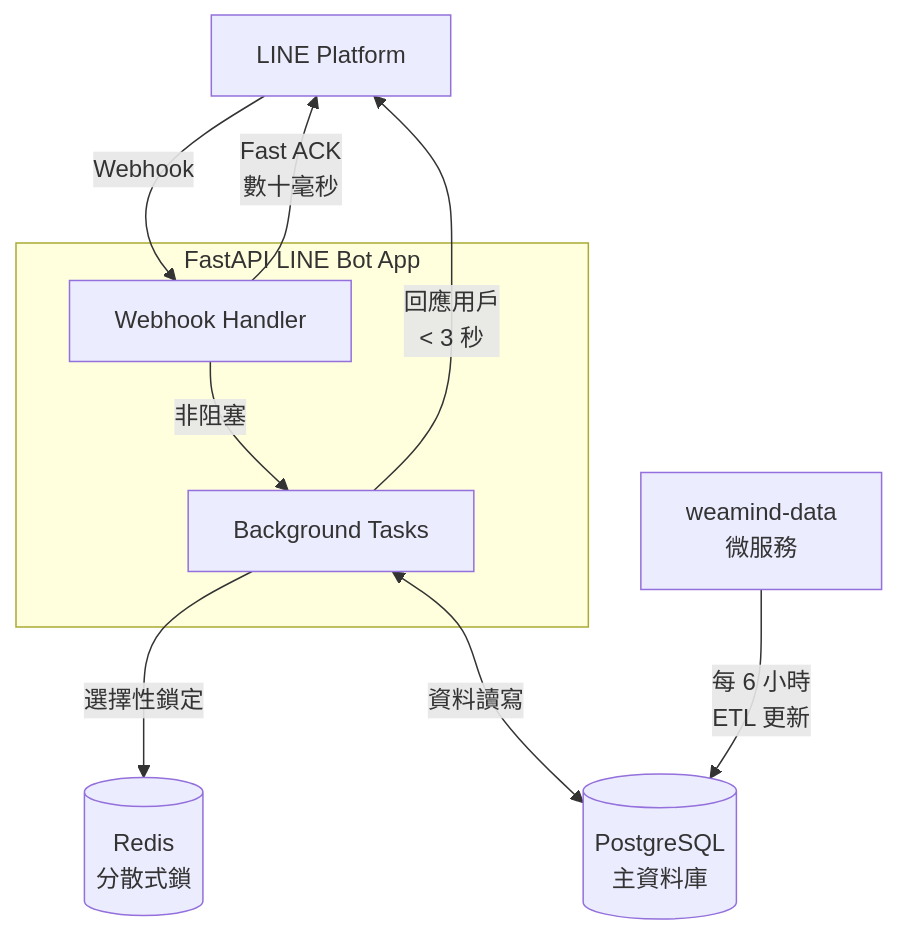
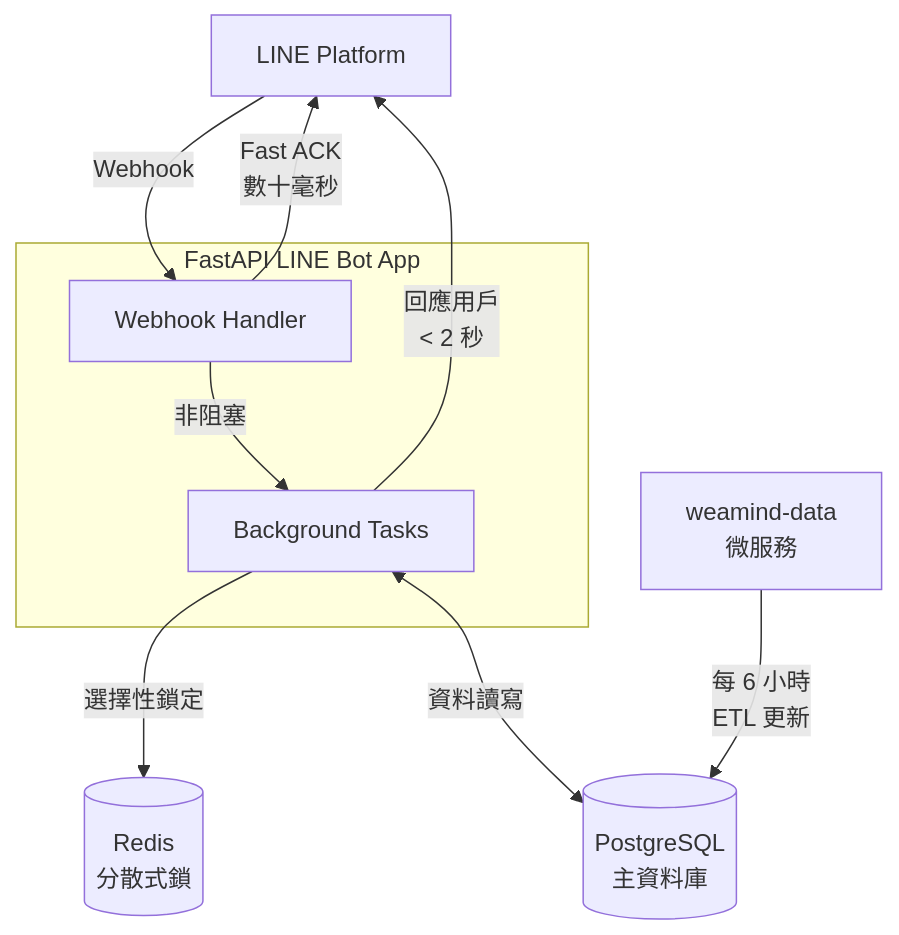
One commit to kyomind/WeaMind changed the diagram in README.md. Above: the diagram before and after it, drawn with Mermaid. The commit also changed other lines of this file, not shown here.

````diff
--- a/README.md
+++ b/README.md
@@ -51,20 +51,20 @@
 ```mermaid
 graph TB
     LINE[LINE Platform]
     REDIS[(Redis<br/>分散式鎖)]
     DB[(PostgreSQL<br/>主資料庫)]
     DATA[weamind-data<br/>微服務]
 
     subgraph FASTAPI["FastAPI LINE Bot App"]
         WEB[Webhook Handler]
         BG[Background Tasks]
     end
 
     LINE -->|Webhook| WEB
     WEB -->|Fast ACK<br/>數十毫秒| LINE
     WEB -->|非阻塞| BG
     BG -->|選擇性鎖定| REDIS
     BG <-->|資料讀寫| DB
-        BG -->|回應用戶<br/>< 3 秒| LINE
+        BG -->|回應用戶<br/>< 2 秒| LINE
     DATA -->|每 6 小時<br/>ETL 更新| DB
 ```
````
